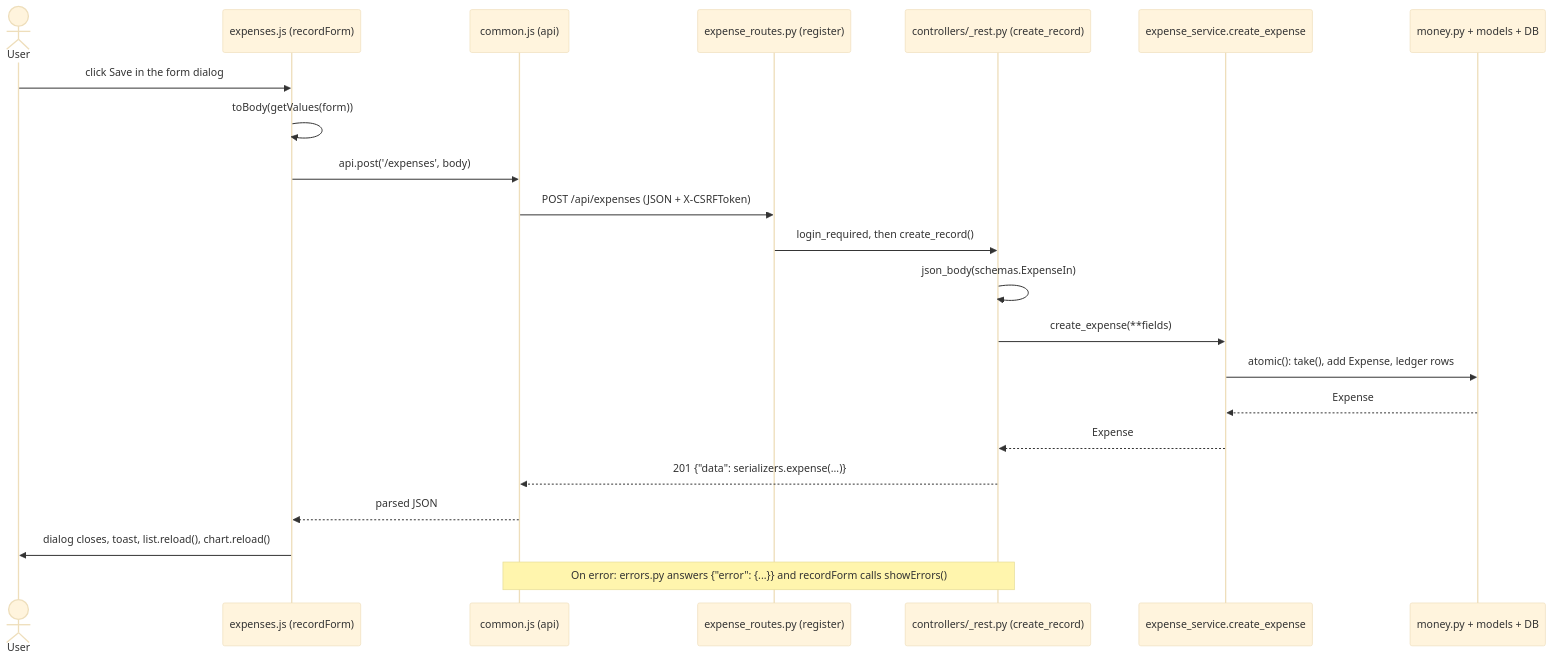
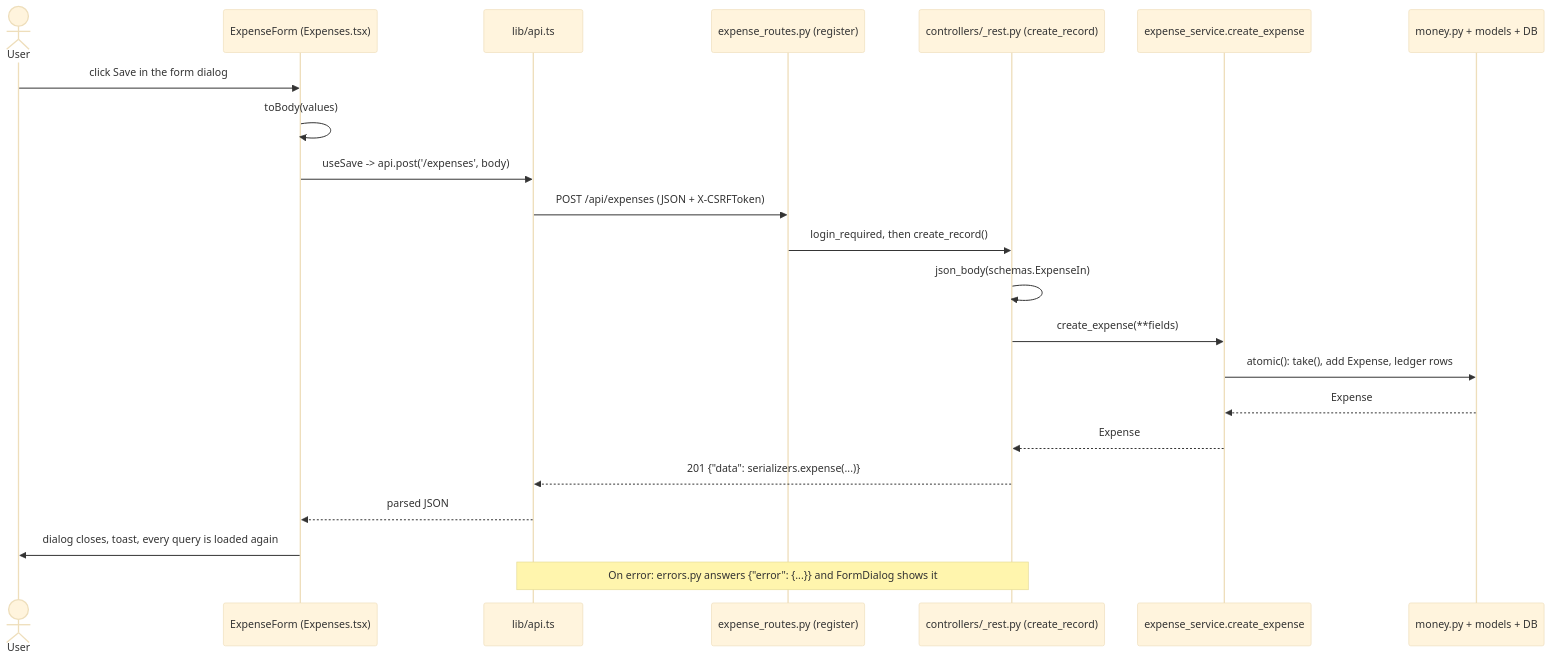
The second of 2 diagrams in MAINTENANCE_GUIDE.md (etv18/be_aware), drawn with Mermaid (base theme) before and after one commit. The commit also changed other lines of this file and 163 other files, not shown here.

````diff
--- a/MAINTENANCE_GUIDE.md
+++ b/MAINTENANCE_GUIDE.md
@@ -284,24 +296,24 @@
 ```mermaid
 sequenceDiagram
   actor U as User
-  participant J as expenses.js (recordForm)
-  participant C as common.js (api)
+  participant F as ExpenseForm (Expenses.tsx)
+  participant A as lib/api.ts
   participant R as expense_routes.py (register)
   participant H as controllers/_rest.py (create_record)
   participant S as expense_service.create_expense
   participant M as money.py + models + DB
-  U->>J: click Save in the form dialog
-  J->>J: toBody(getValues(form))
-  J->>C: api.post('/expenses', body)
-  C->>R: POST /api/expenses (JSON + X-CSRFToken)
+  U->>F: click Save in the form dialog
+  F->>F: toBody(values)
+  F->>A: useSave -> api.post('/expenses', body)
+  A->>R: POST /api/expenses (JSON + X-CSRFToken)
   R->>H: login_required, then create_record()
   H->>H: json_body(schemas.ExpenseIn)
   H->>S: create_expense(**fields)
   S->>M: atomic(): take(), add Expense, ledger rows
   M-->>S: Expense
   S-->>H: Expense
-  H-->>C: 201 {"data": serializers.expense(...)}
-  C-->>J: parsed JSON
-  J->>U: dialog closes, toast, list.reload(), chart.reload()
-  Note over H,C: On error: errors.py answers {"error": {...}} and recordForm calls showErrors()
+  H-->>A: 201 {"data": serializers.expense(...)}
+  A-->>F: parsed JSON
+  F->>U: dialog closes, toast, every query is loaded again
+  Note over H,A: On error: errors.py answers {"error": {...}} and FormDialog shows it
 ```
````
